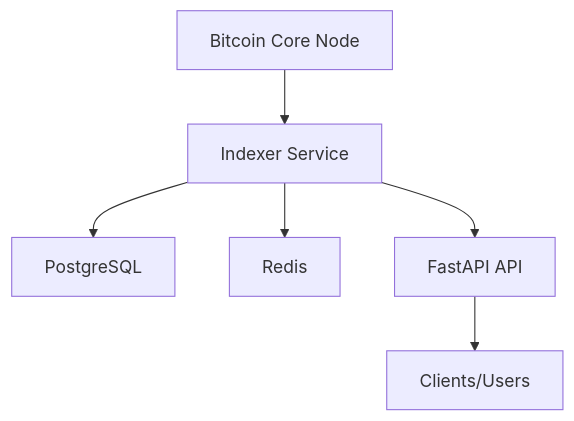
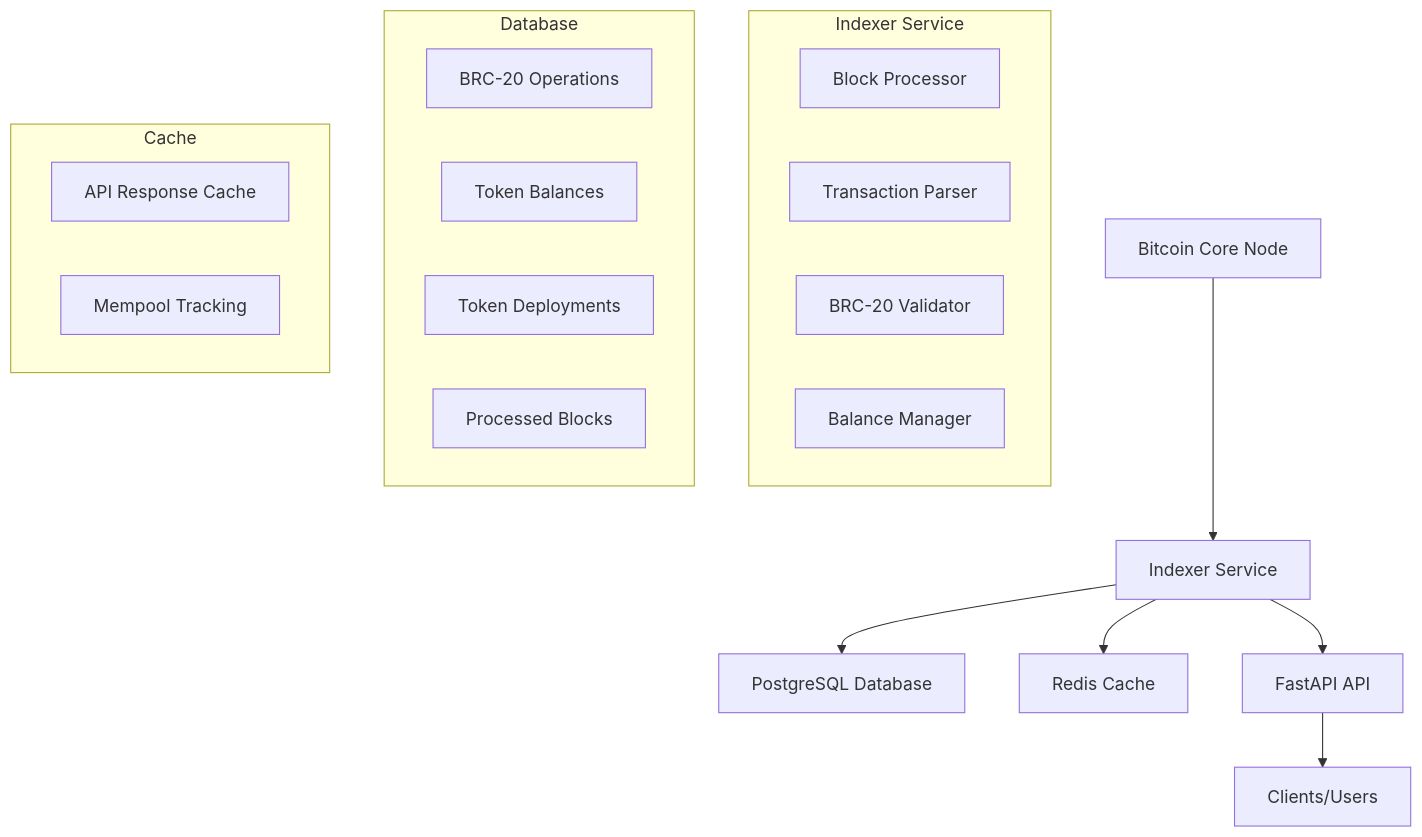
Before and after one commit to The-Universal-BRC-20-Extension/Simplicity: the diagram in docs/architecture/README.md, drawn with Mermaid. The commit also changed other lines of this file and 129 other files, not shown here.

First line of the commit message:
feat: implement Operation Protocol Improvements (OPI) architecture

````diff
--- a/docs/architecture/README.md
+++ b/docs/architecture/README.md
@@ -12,8 +15,27 @@
 ```mermaid
 graph TD
     A[Bitcoin Core Node] --> B[Indexer Service]
-    B --> C[PostgreSQL]
-    B --> D[Redis]
+    B --> C[PostgreSQL Database]
+    B --> D[Redis Cache]
     B --> E[FastAPI API]
     E --> F[Clients/Users]
+    
+    subgraph "Indexer Service"
+        G[Block Processor]
+        H[Transaction Parser]
+        I[BRC-20 Validator]
+        J[Balance Manager]
+    end
+    
+    subgraph "Database"
+        K[BRC-20 Operations]
+        L[Token Balances]
+        M[Token Deployments]
+        N[Processed Blocks]
+    end
+    
+    subgraph "Cache"
+        O[API Response Cache]
+        P[Mempool Tracking]
+    end
 ```
````
